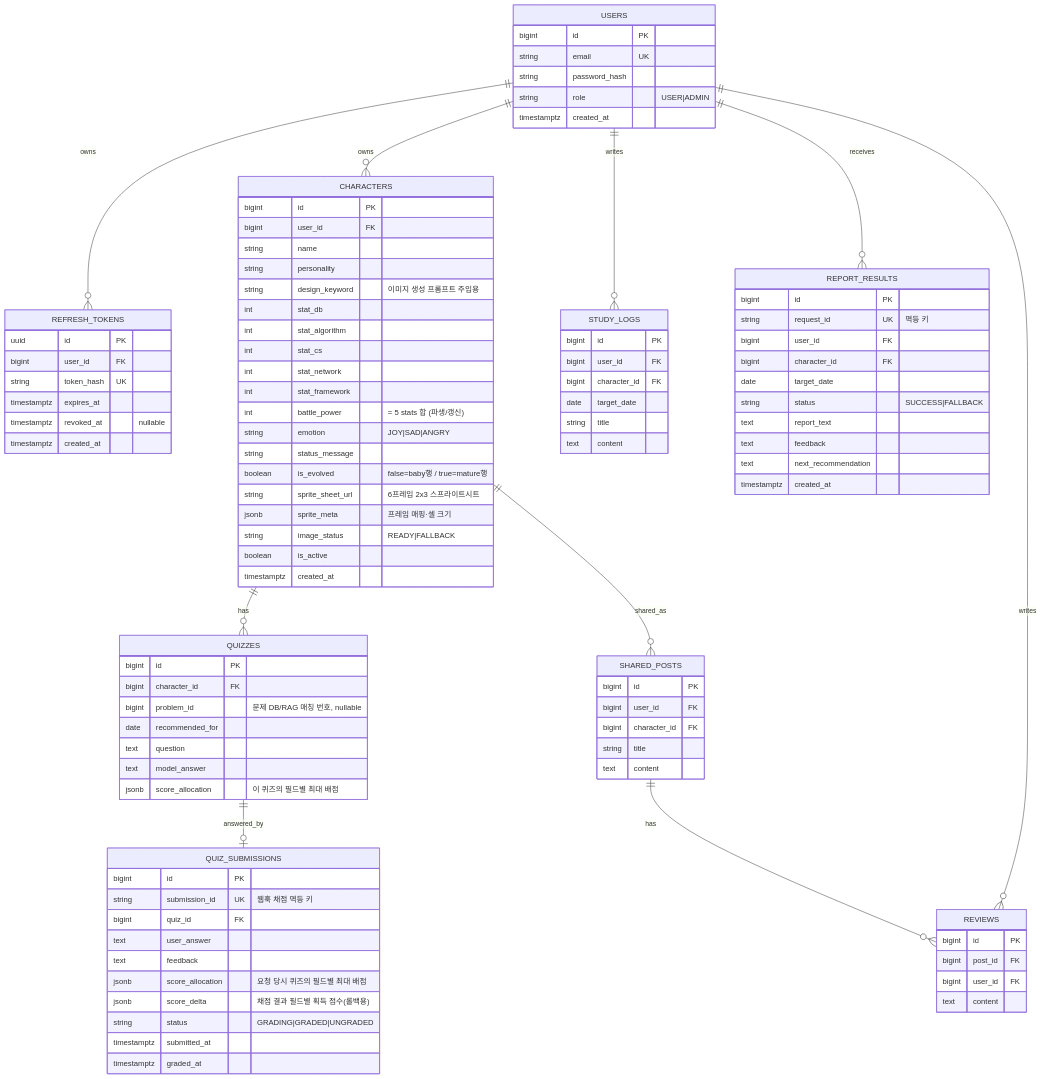
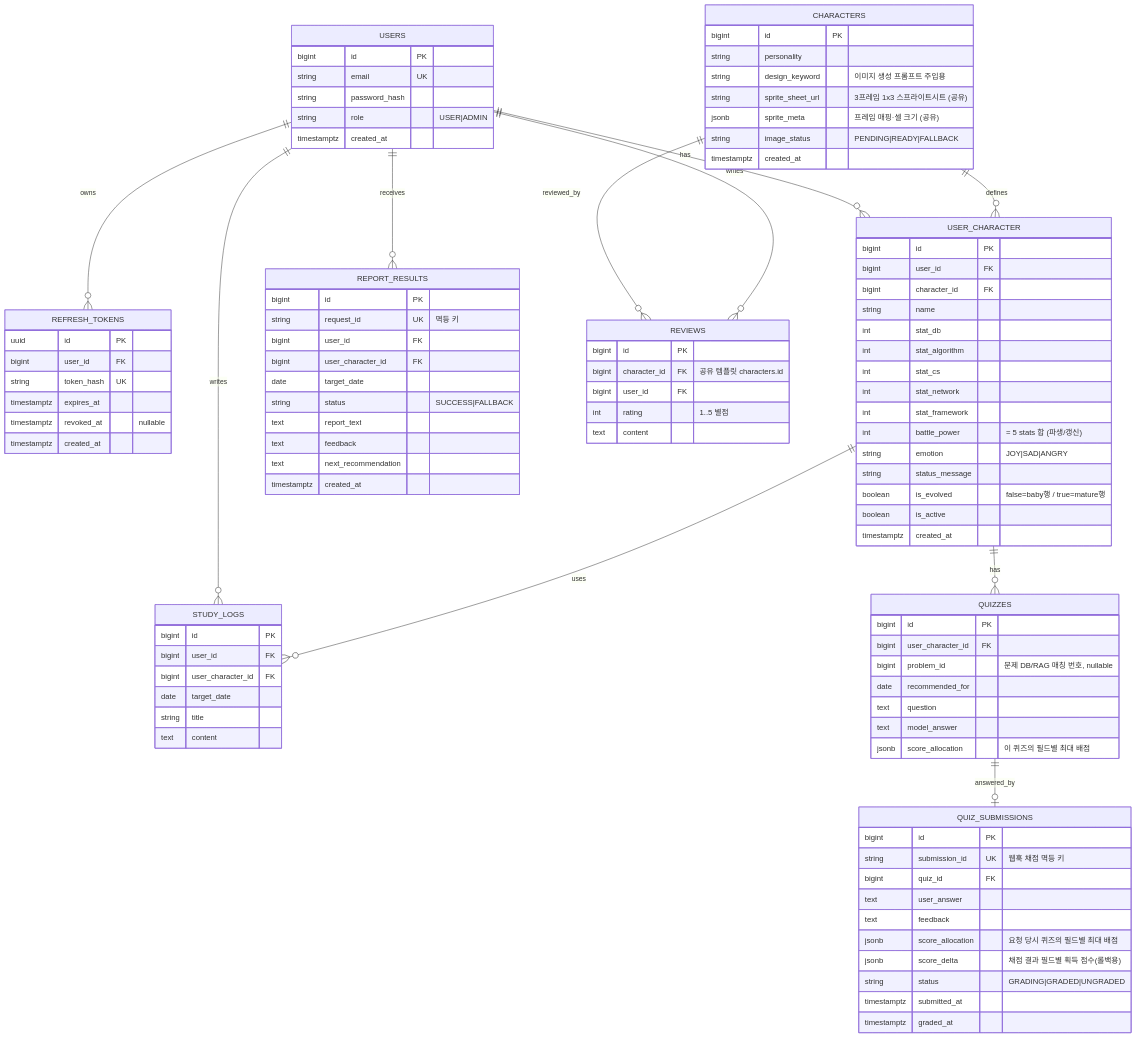
Before and after one commit to YunAndDong/commitgotchi: the third of 15 diagrams in _bmad-output/planning-artifacts/architecture/architecture-commitgotchi-2026-06-07/architecture.md, drawn with Mermaid. The commit also changed other lines of this file and 2 other files, not shown here.

Commit message:
docs(architecture.md): 캐릭터 생성에 관한 문저 재정렬

````diff
--- a/_bmad-output/planning-artifacts/architecture/architecture-commitgotchi-2026-06-07/architecture.md
+++ b/_bmad-output/planning-artifacts/architecture/architecture-commitgotchi-2026-06-07/architecture.md
@@ -529,13 +532,14 @@
 ```mermaid
 erDiagram
   USERS ||--o{ REFRESH_TOKENS : owns
-  USERS ||--o{ CHARACTERS : owns
+  USERS ||--o{ USER_CHARACTER : has
+  CHARACTERS ||--o{ USER_CHARACTER : defines
   USERS ||--o{ STUDY_LOGS : writes
-  CHARACTERS ||--o{ QUIZZES : has
+  USER_CHARACTER ||--o{ STUDY_LOGS : uses
+  USER_CHARACTER ||--o{ QUIZZES : has
   QUIZZES ||--o| QUIZ_SUBMISSIONS : answered_by
   USERS ||--o{ REPORT_RESULTS : receives
-  CHARACTERS ||--o{ SHARED_POSTS : shared_as
-  SHARED_POSTS ||--o{ REVIEWS : has
+  CHARACTERS ||--o{ REVIEWS : reviewed_by
   USERS ||--o{ REVIEWS : writes
 
   USERS {
@@ -555,10 +559,18 @@
   }
   CHARACTERS {
     bigint id PK
-    bigint user_id FK
-    string name
     string personality
     string design_keyword "이미지 생성 프롬프트 주입용"
+    string sprite_sheet_url "3프레임 1x3 스프라이트시트 (공유)"
+    jsonb sprite_meta "프레임 매핑·셀 크기 (공유)"
+    string image_status "PENDING|READY|FALLBACK"
+    timestamptz created_at
+  }
+  USER_CHARACTER {
+    bigint id PK
+    bigint user_id FK
+    bigint character_id FK
+    string name
     int stat_db
     int stat_algorithm
     int stat_cs
@@ -568,23 +580,20 @@
     string emotion "JOY|SAD|ANGRY"
     string status_message
     boolean is_evolved "false=baby행 / true=mature행"
-    string sprite_sheet_url "6프레임 2x3 스프라이트시트"
-    jsonb sprite_meta "프레임 매핑·셀 크기"
-    string image_status "READY|FALLBACK"
     boolean is_active
     timestamptz created_at
   }
   STUDY_LOGS {
     bigint id PK
     bigint user_id FK
-    bigint character_id FK
+    bigint user_character_id FK
     date target_date
     string title
     text content
   }
   QUIZZES {
     bigint id PK
-    bigint character_id FK
+    bigint user_character_id FK
     bigint problem_id "문제 DB/RAG 매칭 번호, nullable"
     date recommended_for
     text question
@@ -607,7 +616,7 @@
     bigint id PK
     string request_id UK "멱등 키"
     bigint user_id FK
-    bigint character_id FK
+    bigint user_character_id FK
     date target_date
     string status "SUCCESS|FALLBACK"
     text report_text
@@ -615,17 +624,11 @@
     text next_recommendation
     timestamptz created_at
   }
-  SHARED_POSTS {
-    bigint id PK
-    bigint user_id FK
-    bigint character_id FK
-    string title
-    text content
-  }
   REVIEWS {
     bigint id PK
-    bigint post_id FK
+    bigint character_id FK "공유 템플릿 characters.id"
     bigint user_id FK
+    int rating "1..5 별점"
     text content
   }
 ```
````
